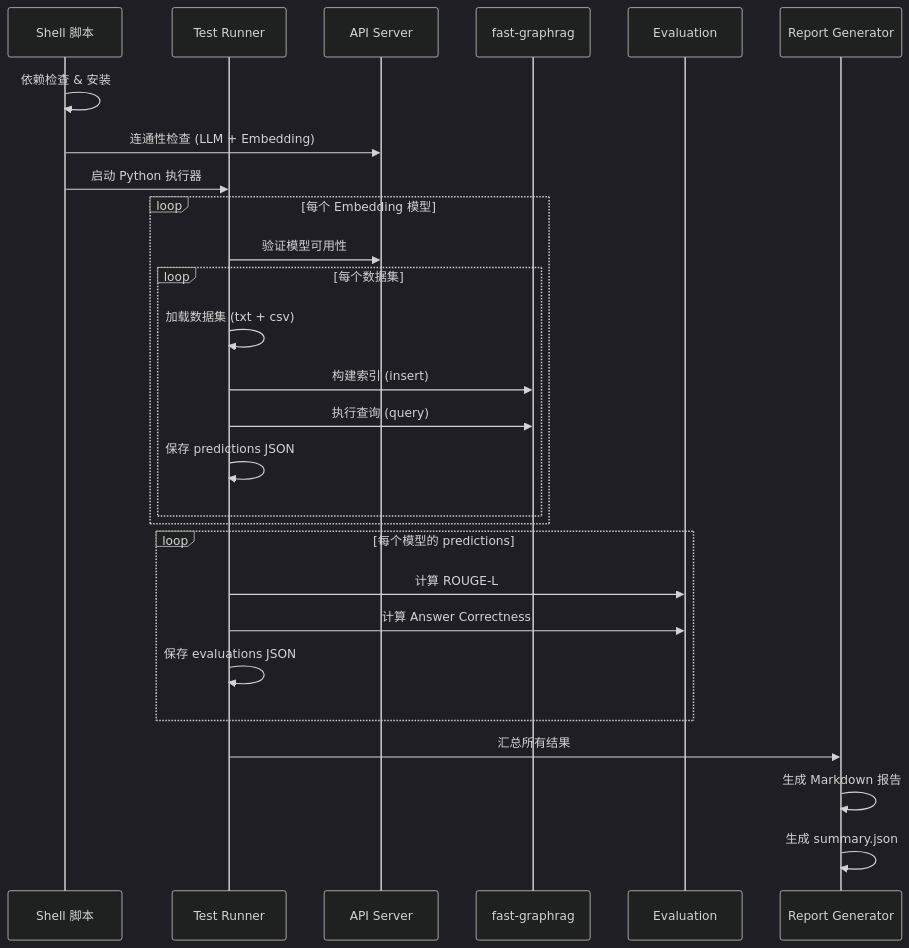
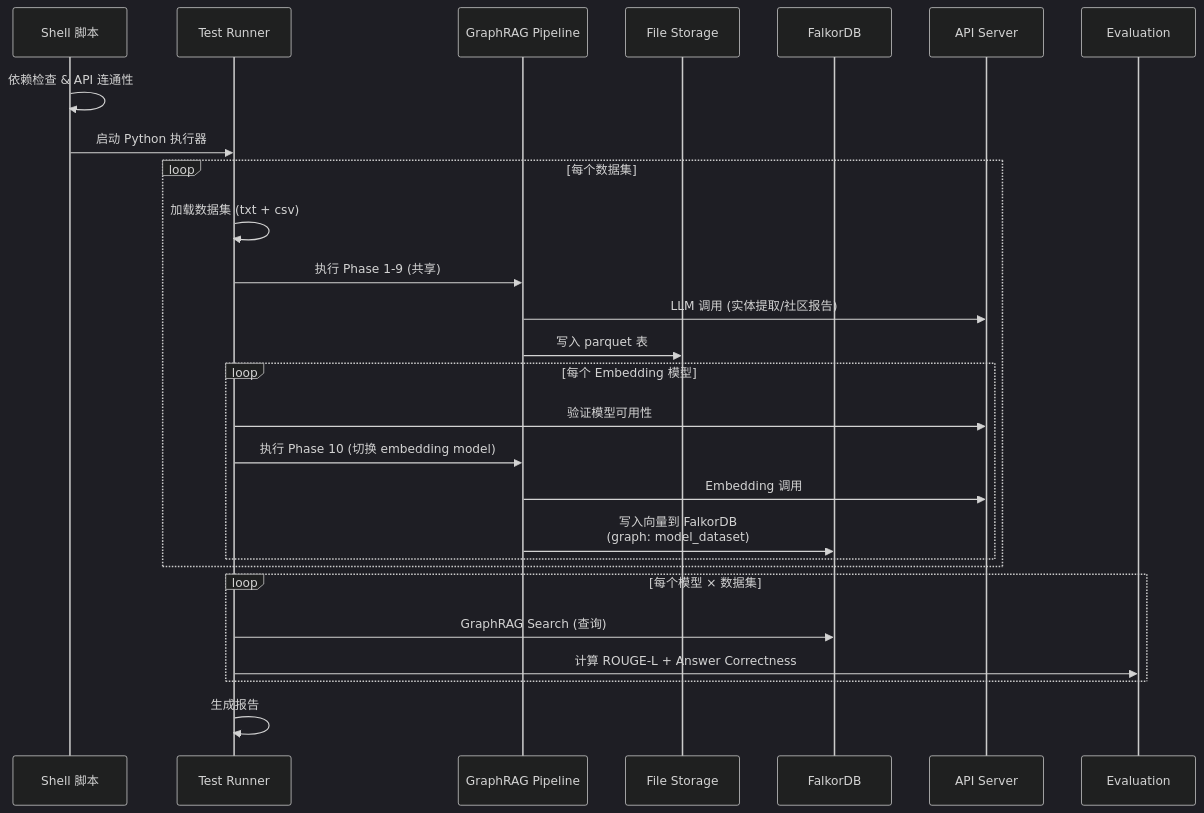
Before and after one commit to eyanpen/rag-test: the second of 2 diagrams in .kiro/specs/embedding-model-benchmark/design.md, drawn with Mermaid (dark theme). The commit also changed other lines of this file and 3 other files, not shown here.

````diff
--- a/.kiro/specs/embedding-model-benchmark/design.md
+++ b/.kiro/specs/embedding-model-benchmark/design.md
@@ -63,33 +96,34 @@
 ```mermaid
 sequenceDiagram
     participant SH as Shell 脚本
     participant TR as Test Runner
+    participant GR as GraphRAG Pipeline
+    participant FS as File Storage
+    participant FK as FalkorDB
     participant API as API Server
-    participant FG as fast-graphrag
     participant EV as Evaluation
-    participant RG as Report Generator
 
-    SH->>SH: 依赖检查 & 安装
-    SH->>API: 连通性检查 (LLM + Embedding)
+    SH->>SH: 依赖检查 & API 连通性
     SH->>TR: 启动 Python 执行器
 
-    loop 每个 Embedding 模型
-        TR->>API: 验证模型可用性
-        loop 每个数据集
-            TR->>TR: 加载数据集 (txt + csv)
-            TR->>FG: 构建索引 (insert)
-            TR->>FG: 执行查询 (query)
-            TR->>TR: 保存 predictions JSON
+    loop 每个数据集
+        TR->>TR: 加载数据集 (txt + csv)
+        TR->>GR: 执行 Phase 1-9 (共享)
+        GR->>API: LLM 调用 (实体提取/社区报告)
+        GR->>FS: 写入 parquet 表
+
+        loop 每个 Embedding 模型
+            TR->>API: 验证模型可用性
+            TR->>GR: 执行 Phase 10 (切换 embedding model)
+            GR->>API: Embedding 调用
+            GR->>FK: 写入向量到 FalkorDB<br/>(graph: model_dataset)
         end
     end
 
-    loop 每个模型的 predictions
-        TR->>EV: 计算 ROUGE-L
-        TR->>EV: 计算 Answer Correctness
-        TR->>TR: 保存 evaluations JSON
+    loop 每个模型 × 数据集
+        TR->>FK: GraphRAG Search (查询)
+        TR->>EV: 计算 ROUGE-L + Answer Correctness
     end
 
-    TR->>RG: 汇总所有结果
-    RG->>RG: 生成 Markdown 报告
-    RG->>RG: 生成 summary.json
+    TR->>TR: 生成报告
 ```
````
